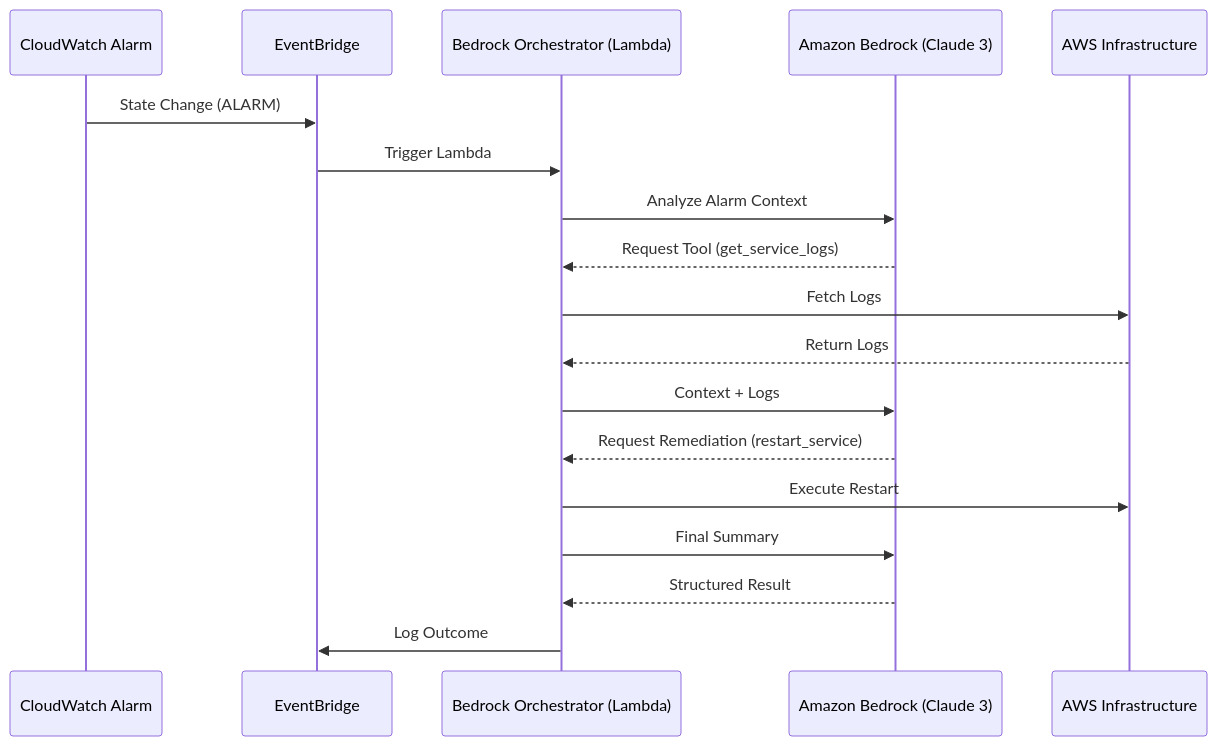
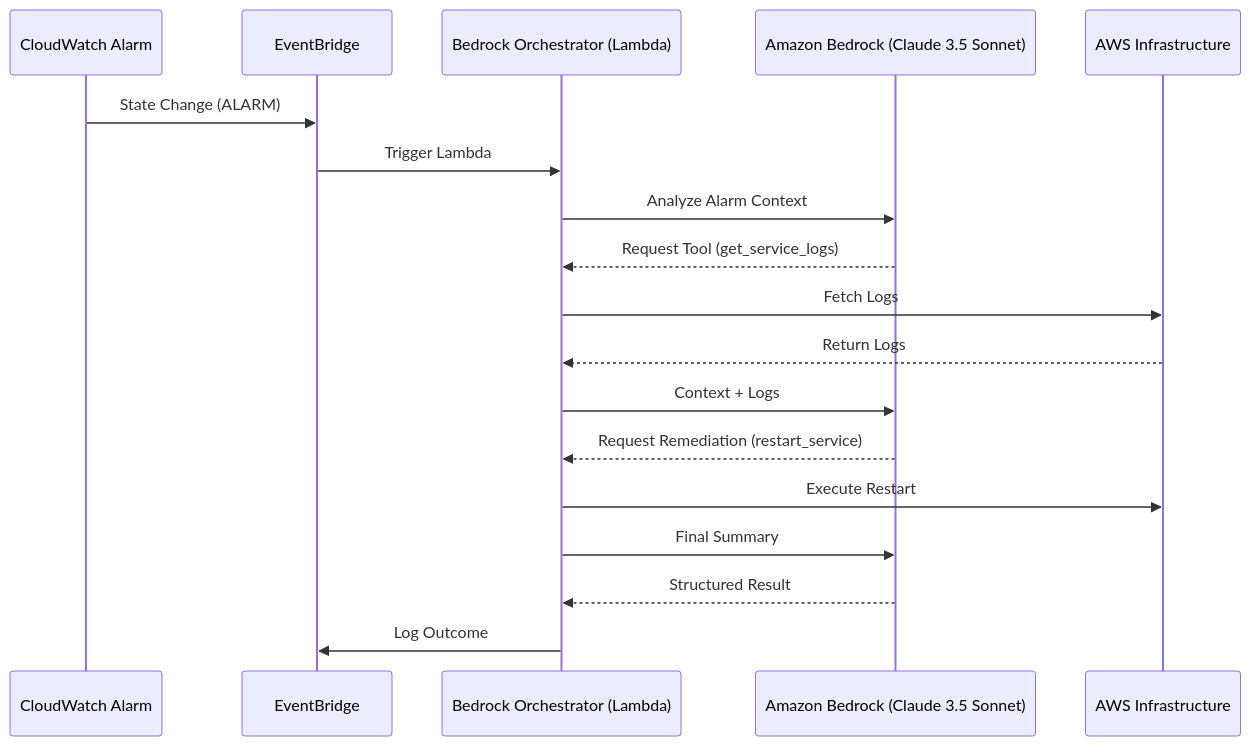
One commit to h-vance/aws-bedrock-agent changed the diagram in README.md. Above: the diagram before and after it, drawn with Mermaid. The commit also changed other lines of this file and 2 other files, not shown here.

First line of the commit message:
Upgrade: Transition to Frontier AI (Claude 3.5 Sonnet v2)

````diff
--- a/README.md
+++ b/README.md
@@ -8,21 +8,21 @@
 ```mermaid
 sequenceDiagram
     participant CW as CloudWatch Alarm
     participant EB as EventBridge
     participant L as Bedrock Orchestrator (Lambda)
-    participant B as Amazon Bedrock (Claude 3)
+    participant B as Amazon Bedrock (Claude 3.5 Sonnet)
     participant AWS as AWS Infrastructure
 
     CW->>EB: State Change (ALARM)
     EB->>L: Trigger Lambda
     L->>B: Analyze Alarm Context
     B-->>L: Request Tool (get_service_logs)
     L->>AWS: Fetch Logs
     AWS-->>L: Return Logs
     L->>B: Context + Logs
     B-->>L: Request Remediation (restart_service)
     L->>AWS: Execute Restart
     L->>B: Final Summary
     B-->>L: Structured Result
     L->>EB: Log Outcome
 ```
````
